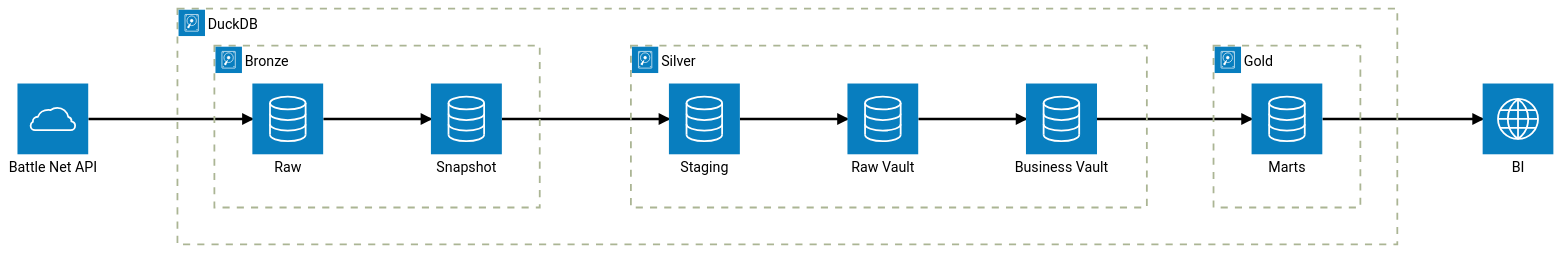
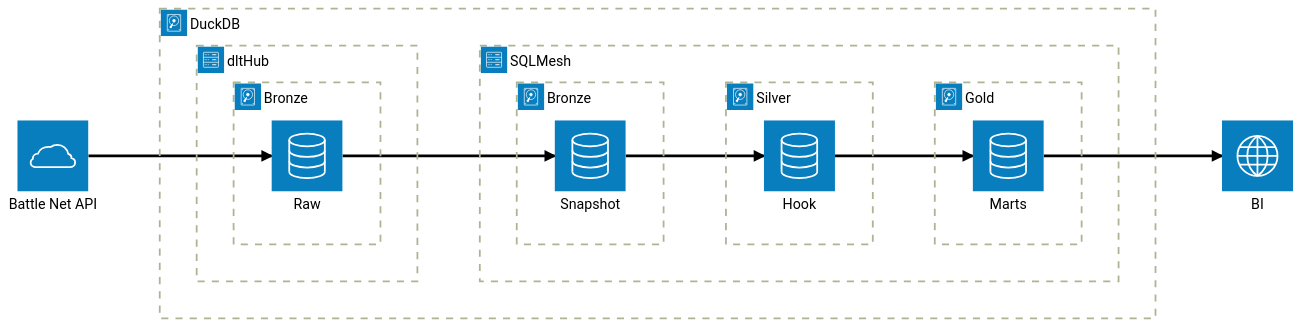
One commit to mattiasthalen/arcane-insight changed the first of 4 diagrams in README.md. Above: the diagram before and after it, drawn with Mermaid (forest theme).

Commit message:
Update architecture graph

````diff
--- a/README.md
+++ b/README.md
@@ -9,27 +9,27 @@
 ```mermaid
 architecture-beta
     service battle_net(cloud)[Battle Net API]
 
     group duckdb(disk)[DuckDB]
-        group bronze(disk)[Bronze] in duckdb
-            service raw(database)[Raw] in bronze
-            service snapshot(database)[Snapshot] in bronze
+        group dlt(server)[dltHub] in duckdb
+            group bronze(disk)[Bronze] in dlt
+                service raw(database)[Raw] in bronze
 
-        group silver(disk)[Silver] in duckdb
-            service staging(database)[Staging] in silver
-            service raw_vault(database)[Raw Vault] in silver
-            service business_vault(database)[Business Vault] in silver
+        group sqlmesh(server)[SQLMesh] in duckdb
+            group bronze__sql(disk)[Bronze] in sqlmesh
+                service snapshot(database)[Snapshot] in bronze__sql
 
-        group gold(disk)[Gold] in duckdb
-            service marts(database)[Marts] in gold
+            group silver(disk)[Silver] in sqlmesh
+                service hook(database)[Hook] in silver
+
+            group gold(disk)[Gold] in sqlmesh
+                service marts(database)[Marts] in gold
 
     service bi(internet)[BI]
 
     battle_net:R --> L:raw
     raw:R --> L:snapshot
-    snapshot:R --> L:staging
-    staging:R --> L:raw_vault
-    raw_vault:R --> L:business_vault
-    business_vault:R --> L:marts
+    snapshot:R --> L:hook
+    hook:R --> L:marts
     marts:R --> L:bi
 ```
````
